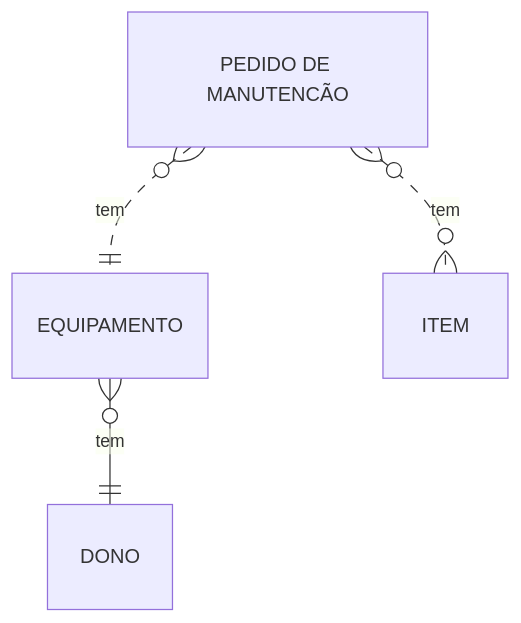
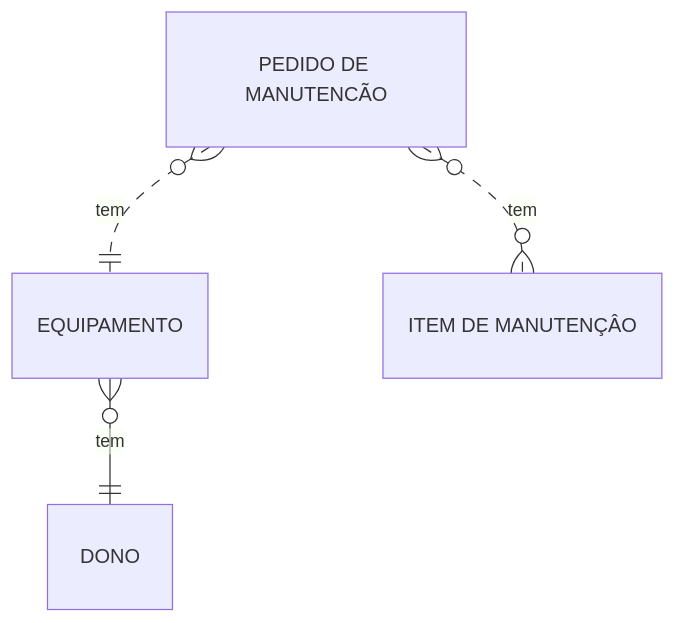
Before and after one commit to radialserial/Mixer: the first of 2 diagrams in README.md, drawn with Mermaid. The commit also changed other lines of this file, not shown here.

Commit message:
docs(README): rename item to maintenance item

````diff
--- a/README.md
+++ b/README.md
@@ -3,6 +3,6 @@
 ```mermaid
 erDiagram
     EQUIPAMENTO }o -- || DONO : tem
     "PEDIDO DE MANUTENCÃO" }o..|| EQUIPAMENTO : tem
-    "PEDIDO DE MANUTENCÃO" }o..o{ ITEM : tem
+    "PEDIDO DE MANUTENCÃO" }o..o{ "ITEM DE MANUTENÇÂO" : tem
 ```
````
